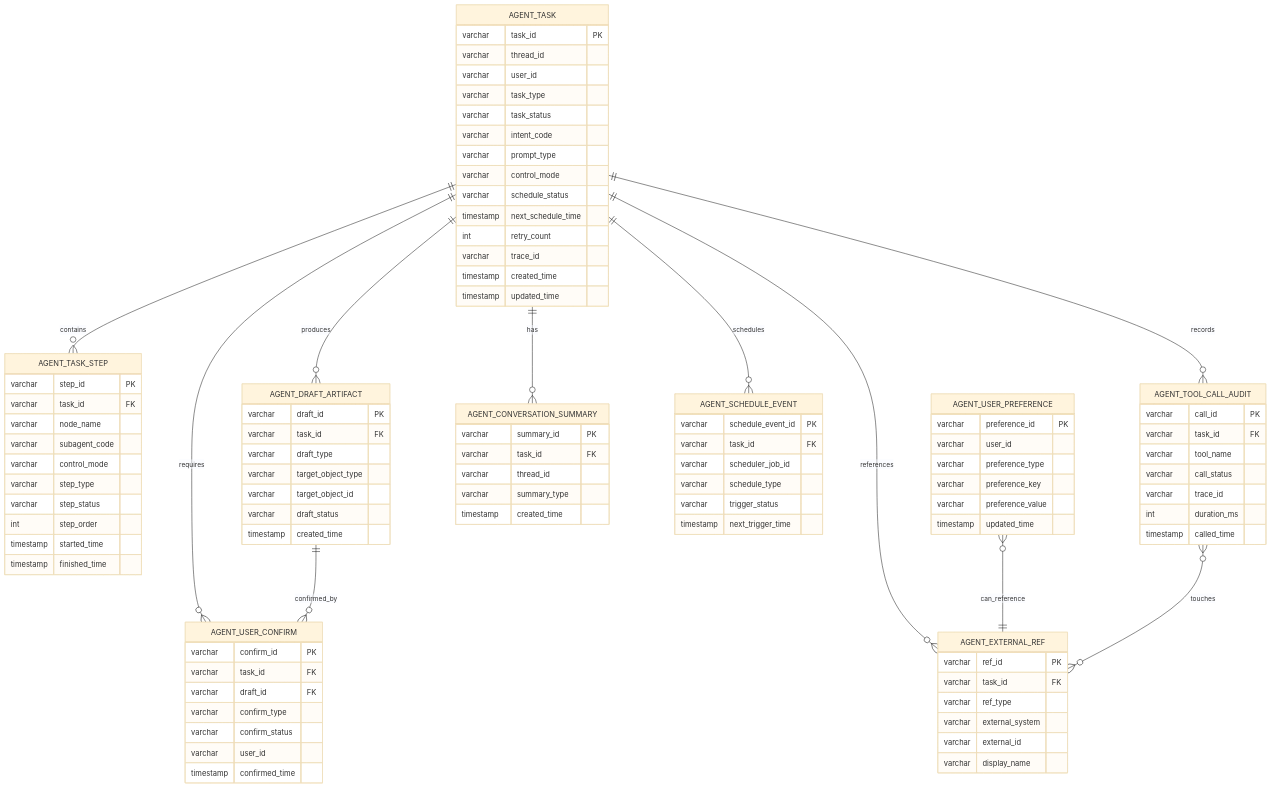
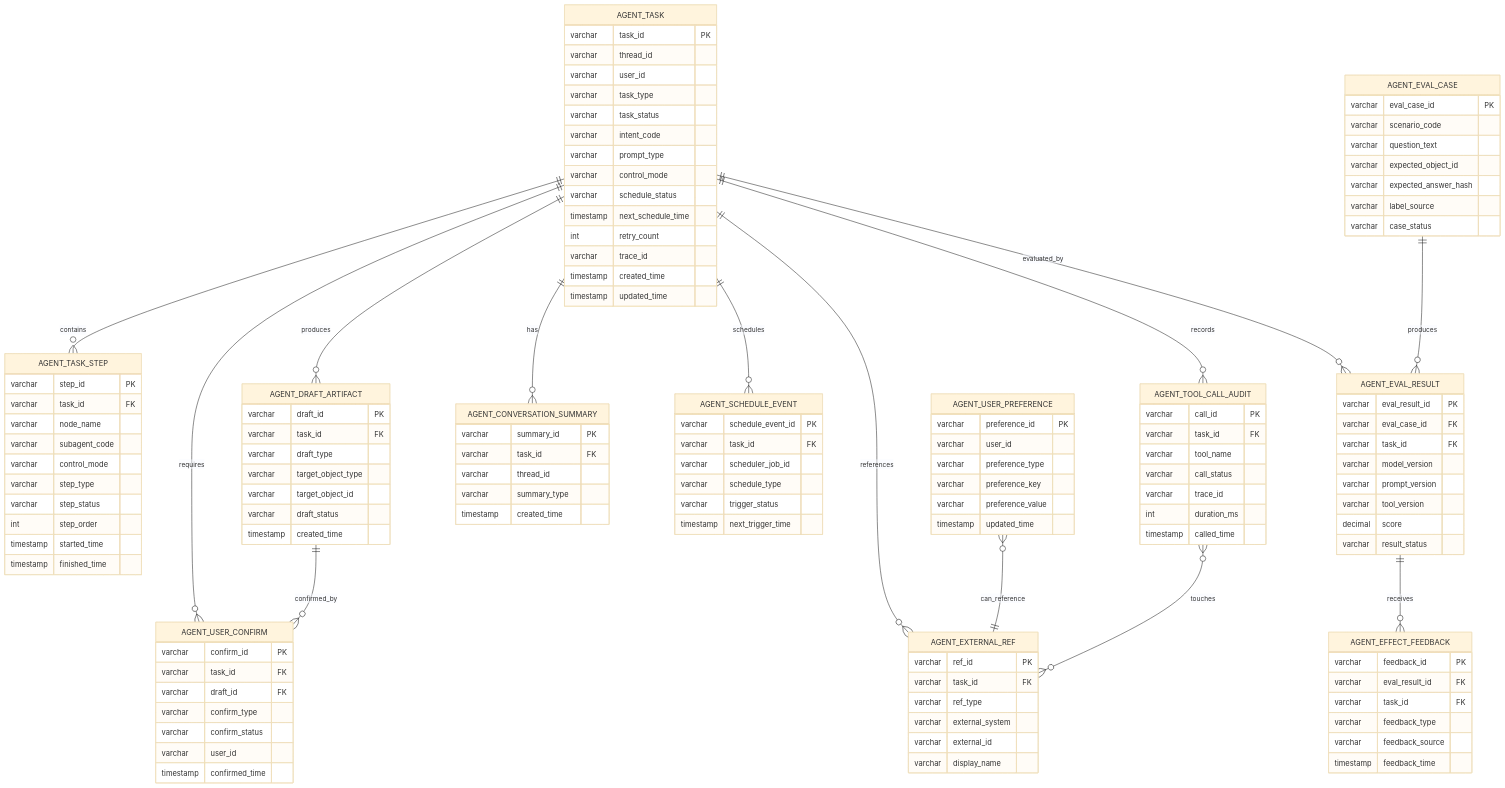
One commit to ShaneLiu001/dataasset changed the first of 2 diagrams in 数据资产助手/06-架构设计/02-数据资产助手数据架构设计.md. Above: the diagram before and after it, drawn with Mermaid (base theme). The commit also changed other lines of this file and 6 other files, not shown here.

````diff
--- a/数据资产助手/06-架构设计/02-数据资产助手数据架构设计.md
+++ b/数据资产助手/06-架构设计/02-数据资产助手数据架构设计.md
@@ -61,10 +66,13 @@
   AGENT_TASK ||--o{ AGENT_EXTERNAL_REF : references
   AGENT_TASK ||--o{ AGENT_CONVERSATION_SUMMARY : has
   AGENT_TASK ||--o{ AGENT_SCHEDULE_EVENT : schedules
+  AGENT_TASK ||--o{ AGENT_EVAL_RESULT : evaluated_by
 
   AGENT_USER_PREFERENCE }o--|| AGENT_EXTERNAL_REF : can_reference
   AGENT_DRAFT_ARTIFACT ||--o{ AGENT_USER_CONFIRM : confirmed_by
   AGENT_TOOL_CALL_AUDIT }o--o{ AGENT_EXTERNAL_REF : touches
+  AGENT_EVAL_CASE ||--o{ AGENT_EVAL_RESULT : produces
+  AGENT_EVAL_RESULT ||--o{ AGENT_EFFECT_FEEDBACK : receives
 
   AGENT_TASK {
     varchar task_id PK
@@ -160,4 +168,34 @@
     varchar trigger_status
     timestamp next_trigger_time
   }
+
+  AGENT_EVAL_CASE {
+    varchar eval_case_id PK
+    varchar scenario_code
+    varchar question_text
+    varchar expected_object_id
+    varchar expected_answer_hash
+    varchar label_source
+    varchar case_status
+  }
+
+  AGENT_EVAL_RESULT {
+    varchar eval_result_id PK
+    varchar eval_case_id FK
+    varchar task_id FK
+    varchar model_version
+    varchar prompt_version
+    varchar tool_version
+    decimal score
+    varchar result_status
+  }
+
+  AGENT_EFFECT_FEEDBACK {
+    varchar feedback_id PK
+    varchar eval_result_id FK
+    varchar task_id FK
+    varchar feedback_type
+    varchar feedback_source
+    timestamp feedback_time
+  }
 ```
````
